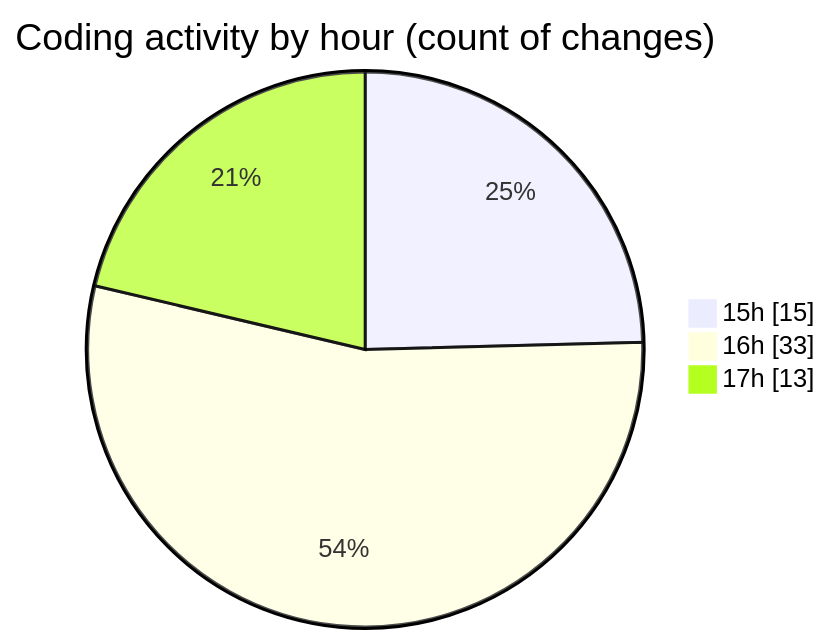
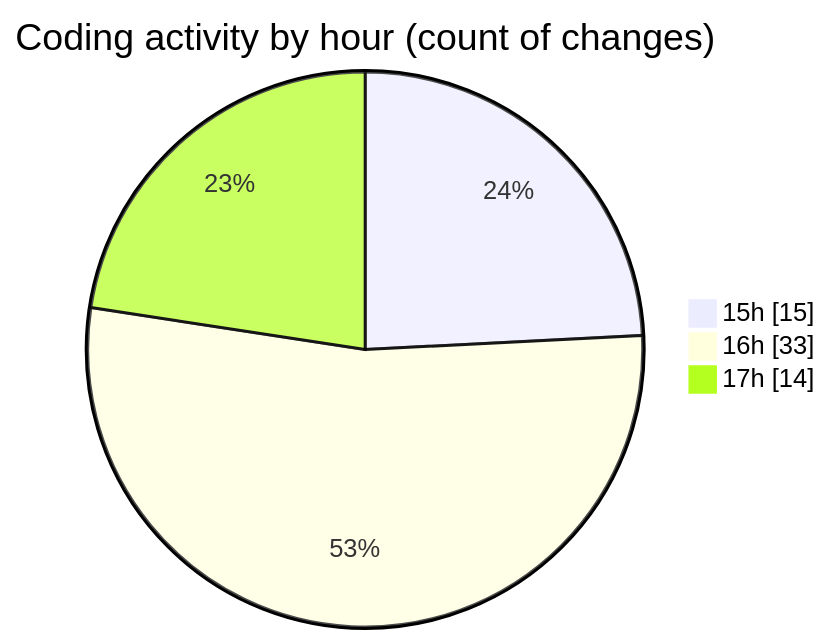
One commit to donsfak/code-tracking changed the second of 2 diagrams in 2025-02-25/trackers_app/README.md. Above: the diagram before and after it, drawn with Mermaid. The commit also changed other lines of this file and 1 other file, not shown here.

````diff
--- a/2025-02-25/trackers_app/README.md
+++ b/2025-02-25/trackers_app/README.md
@@ -34,7 +35,7 @@
 ```mermaid
 pie showData
 title Coding activity by hour (count of changes)
 "15h" : 15
 "16h" : 33
-"17h" : 13
+"17h" : 14
 ```
````
